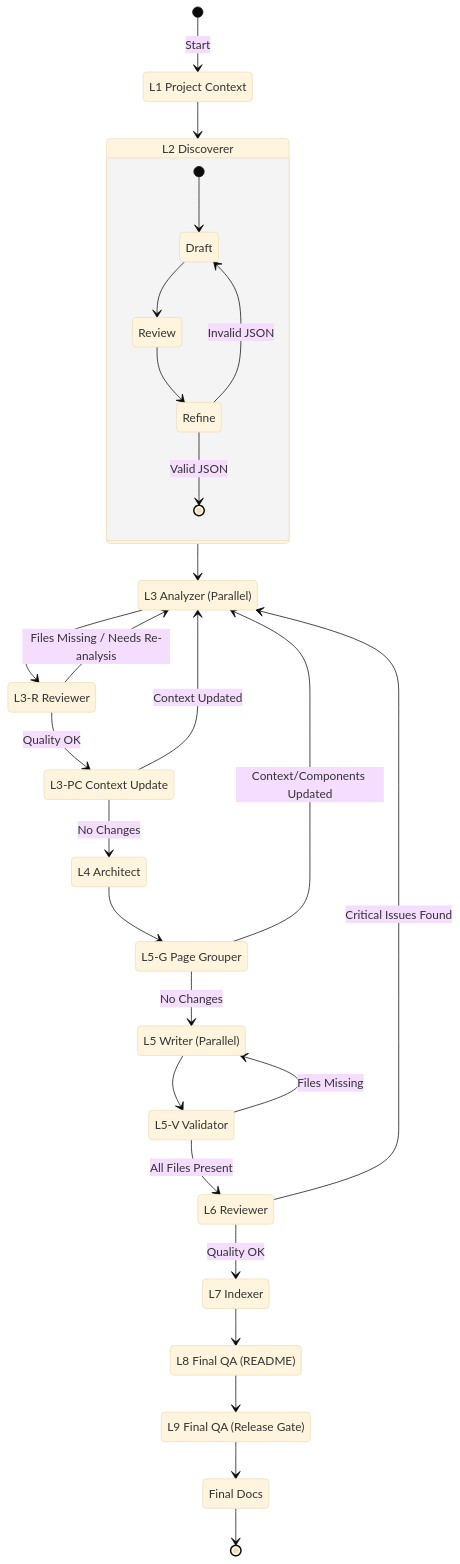
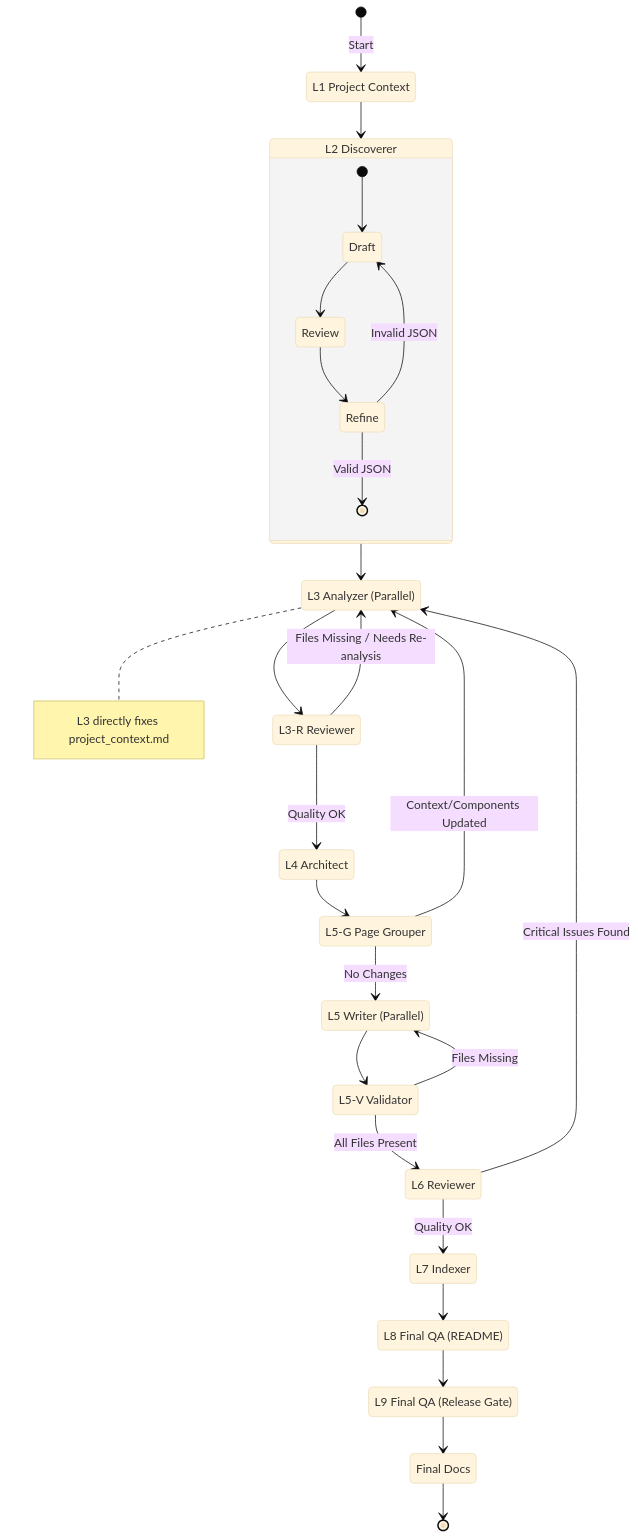
Before and after one commit to ifapmzadu6/vscode-copilot-deepwiki-extention: the diagram in README.md, drawn with Mermaid (base theme). The commit also changed other lines of this file and 1 other file, not shown here.

First line of the commit message:
refactor: L3 Analyzer directly fixes project context during analysis

````diff
--- a/README.md
+++ b/README.md
@@ -23,53 +23,50 @@
 ```mermaid
 stateDiagram-v2
     [*] --> L1: Start
 
     L1: L1 Project Context
     L2: L2 Discoverer
     L3: L3 Analyzer (Parallel)
     L3R: L3-R Reviewer
-    L3PC: L3-PC Context Update
     L4: L4 Architect
     L5G: L5-G Page Grouper
     L5: L5 Writer (Parallel)
     L5V: L5-V Validator
     L6: L6 Reviewer
     L7: L7 Indexer
     L8: L8 Final QA (README)
     L9: L9 Final QA (Release Gate)
     Done: Final Docs
 
     L1 --> L2
 
     state L2 {
         [*] --> Draft
         Draft --> Review
         Review --> Refine
         Refine --> [*]: Valid JSON
         Refine --> Draft: Invalid JSON
     }
 
     L2 --> L3
 
+    note right of L3 : L3 directly fixes project_context.md
     L3 --> L3R
     L3R --> L3: Files Missing / Needs Re-analysis
-    L3R --> L3PC: Quality OK
-
-    L3PC --> L3: Context Updated
-    L3PC --> L4: No Changes
+    L3R --> L4: Quality OK
 
     L4 --> L5G
     L5G --> L3: Context/Components Updated
     L5G --> L5: No Changes
     L5 --> L5V
     L5V --> L5: Files Missing
     L5V --> L6: All Files Present
 
     L6 --> L3: Critical Issues Found
     L6 --> L7: Quality OK
 
     L7 --> L8
     L8 --> L9
     L9 --> Done
     Done --> [*]
 ```
````
